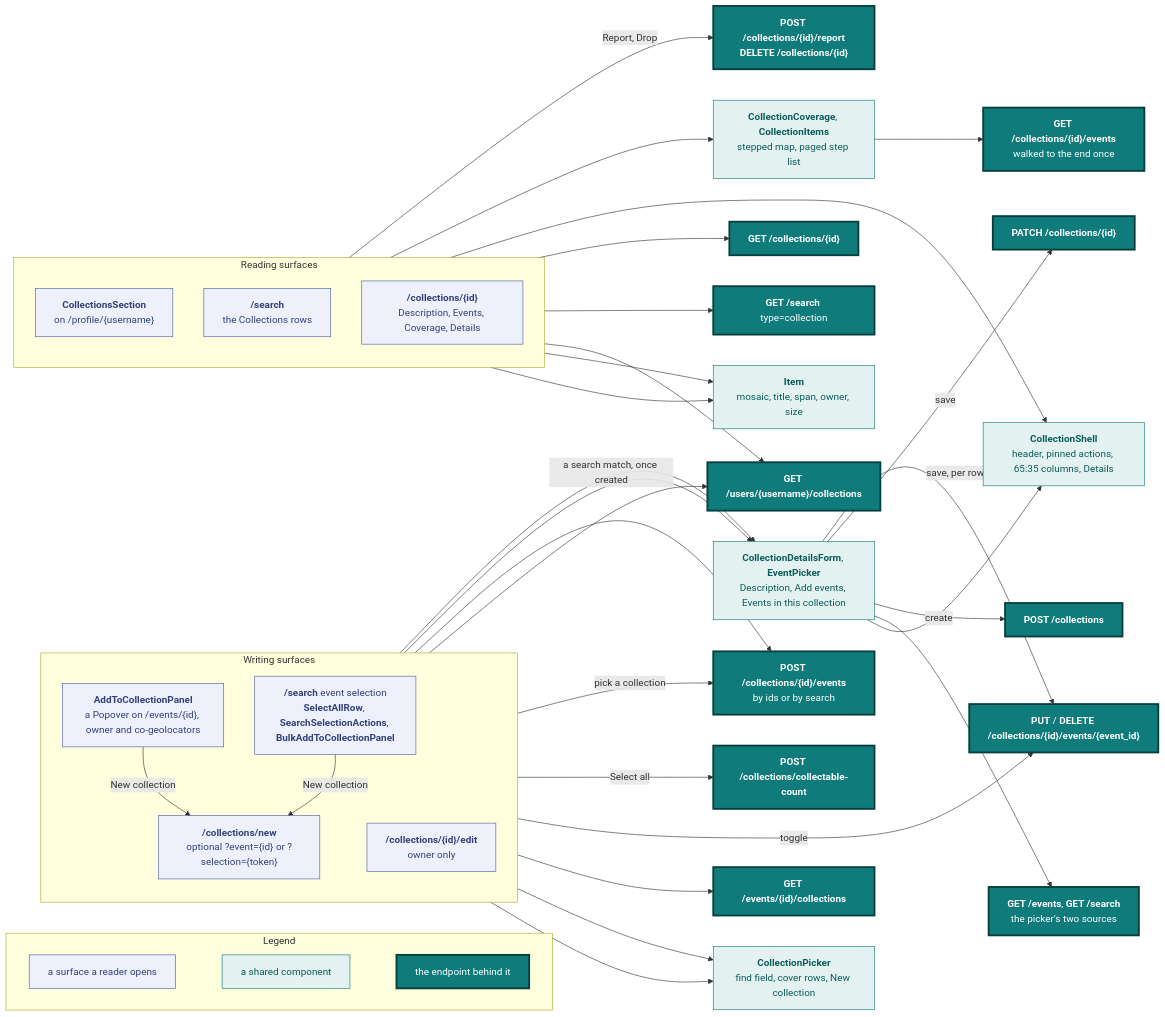
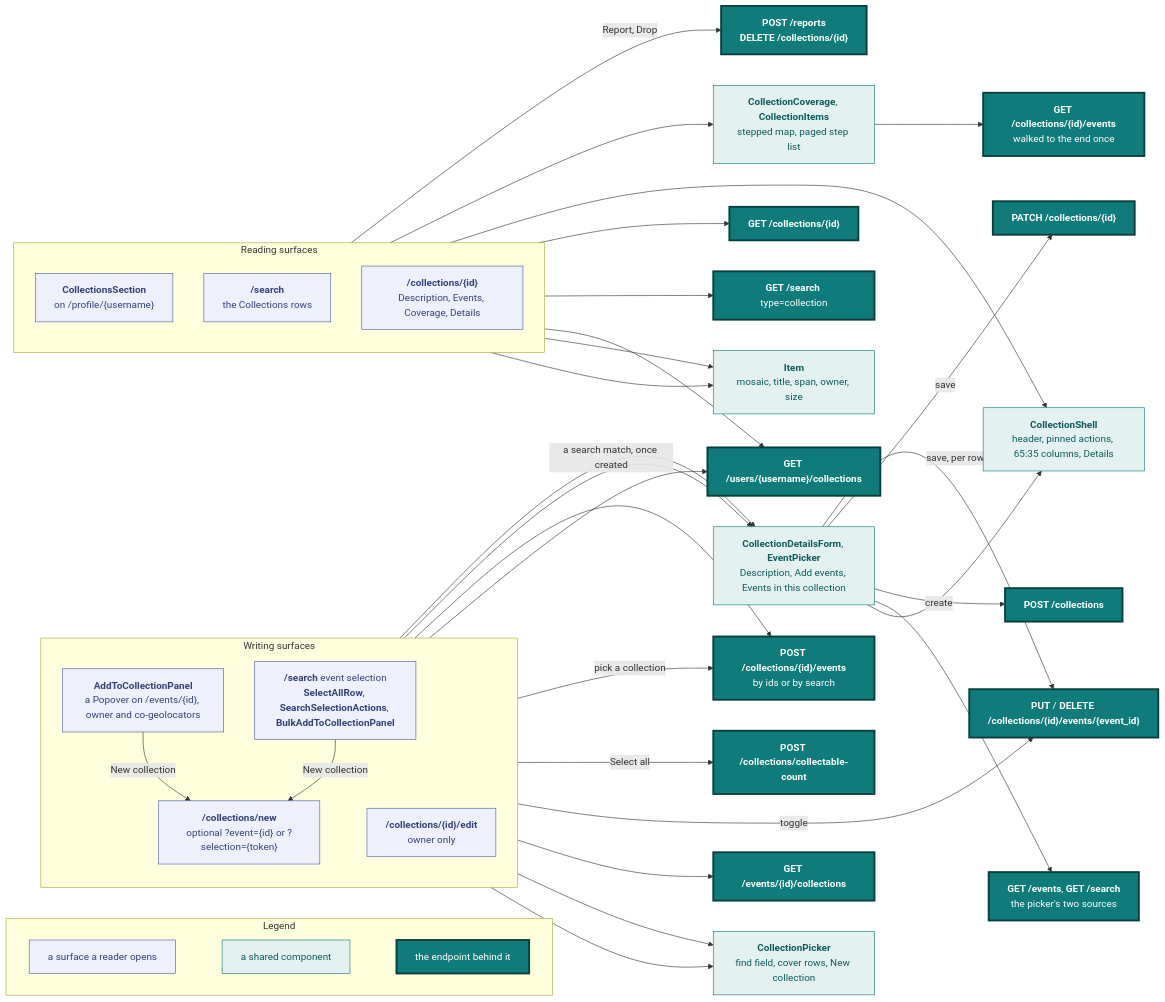
Diagram 18 of 23 in docs/design.md (vidithq/vidit), drawn with Mermaid before and after one commit. The commit also changed other lines of this file and 15 other files, not shown here.

First line of the commit message:
refactor(api): file every content report through POST /reports

```diff
--- a/docs/design.md
+++ b/docs/design.md
@@ -1763,7 +1763,7 @@
   gc["`**GET /collections/{id}**`"]:::core
   gce["`**GET /collections/{id}/events**
   walked to the end once`"]:::core
-  act["`**POST /collections/{id}/report**
+  act["`**POST /reports**
   **DELETE /collections/{id}**`"]:::core
   ge["`**GET /events/{id}/collections**`"]:::core
   pick["`**GET /events**, **GET /search**
```
